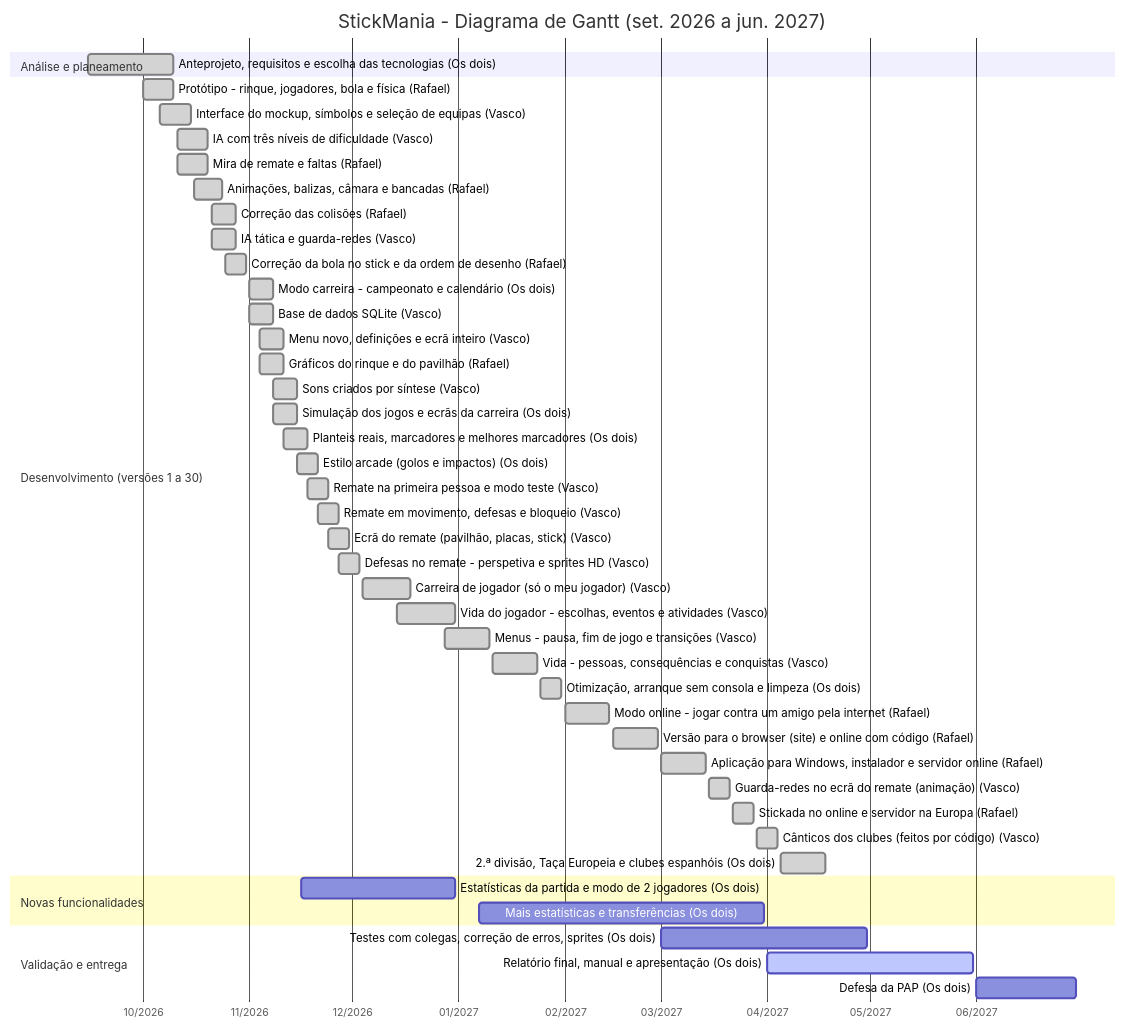
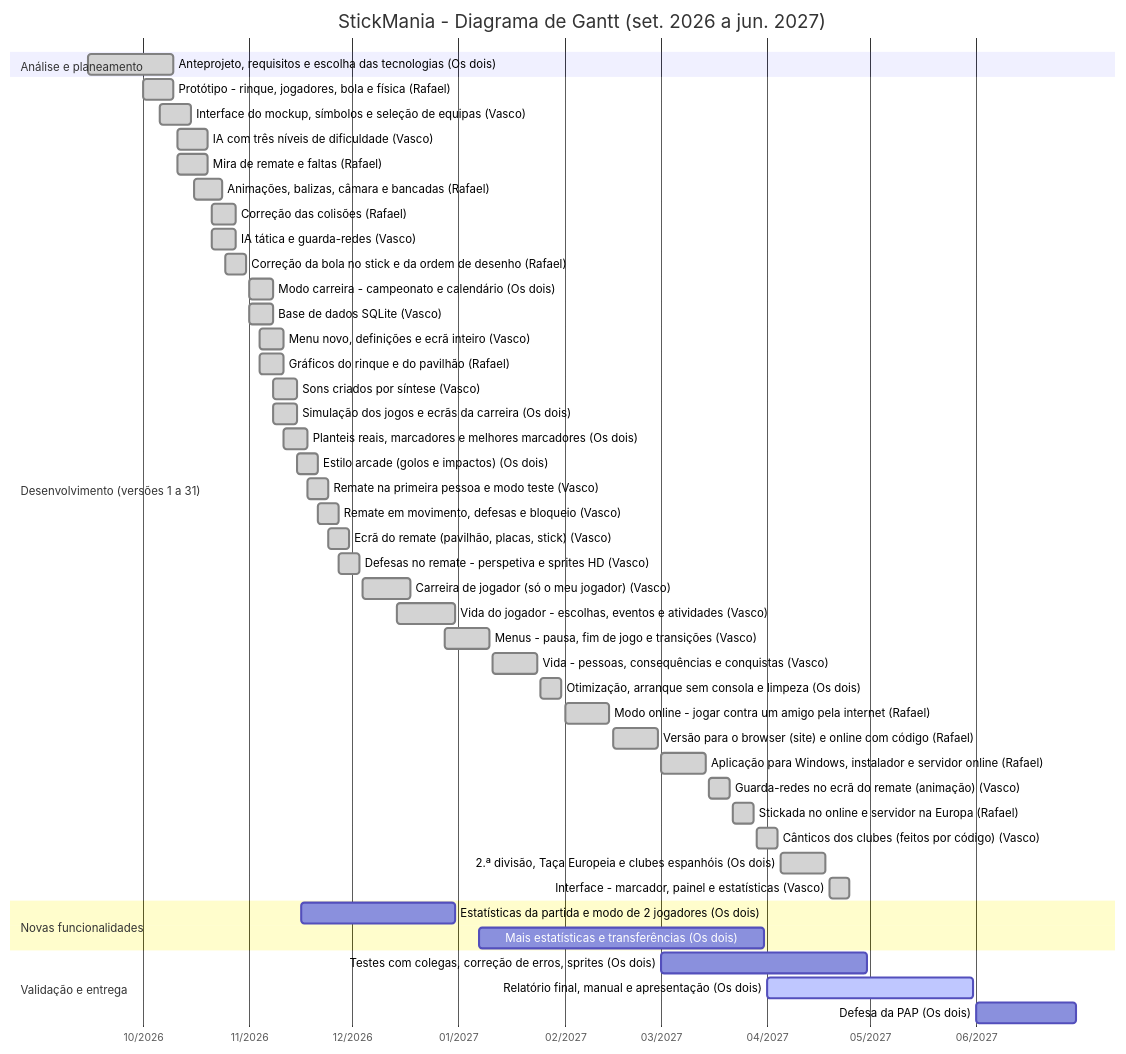
One commit to RafaelSilveira23/Stickmaniapap changed the diagram in docs/GANTT.md. Above: the diagram before and after it, drawn with Mermaid. The commit also changed other lines of this file and 16 other files, not shown here.

````diff
--- a/docs/GANTT.md
+++ b/docs/GANTT.md
@@ -13,50 +13,51 @@
 ```mermaid
 gantt
     title StickMania - Diagrama de Gantt (set. 2026 a jun. 2027)
     dateFormat YYYY-MM-DD
     axisFormat %m/%Y
     tickInterval 1month
     todayMarker off
     section Análise e planeamento
     Anteprojeto, requisitos e escolha das tecnologias (Os dois) :done, t1, 2026-09-15, 2026-10-10
-    section Desenvolvimento (versões 1 a 30)
+    section Desenvolvimento (versões 1 a 31)
     Protótipo - rinque, jogadores, bola e física (Rafael) :done, t2, 2026-10-01, 2026-10-10
     Interface do mockup, símbolos e seleção de equipas (Vasco) :done, t3, 2026-10-06, 2026-10-15
     IA com três níveis de dificuldade (Vasco) :done, t4, 2026-10-11, 2026-10-20
     Mira de remate e faltas (Rafael) :done, t5, 2026-10-11, 2026-10-20
     Animações, balizas, câmara e bancadas (Rafael) :done, t6, 2026-10-16, 2026-10-24
     Correção das colisões (Rafael) :done, t7, 2026-10-21, 2026-10-28
     IA tática e guarda-redes (Vasco) :done, t8, 2026-10-21, 2026-10-28
     Correção da bola no stick e da ordem de desenho (Rafael) :done, t9, 2026-10-25, 2026-10-31
     Modo carreira - campeonato e calendário (Os dois) :done, t10, 2026-11-01, 2026-11-08
     Base de dados SQLite (Vasco) :done, t11, 2026-11-01, 2026-11-08
     Menu novo, definições e ecrã inteiro (Vasco) :done, t12, 2026-11-04, 2026-11-11
     Gráficos do rinque e do pavilhão (Rafael) :done, t13, 2026-11-04, 2026-11-11
     Sons criados por síntese (Vasco) :done, t14, 2026-11-08, 2026-11-15
     Simulação dos jogos e ecrãs da carreira (Os dois) :done, t15, 2026-11-08, 2026-11-15
     Planteis reais, marcadores e melhores marcadores (Os dois) :done, t16, 2026-11-11, 2026-11-18
     Estilo arcade (golos e impactos) (Os dois) :done, t17, 2026-11-15, 2026-11-21
     Remate na primeira pessoa e modo teste (Vasco) :done, t18, 2026-11-18, 2026-11-24
     Remate em movimento, defesas e bloqueio (Vasco) :done, t19, 2026-11-21, 2026-11-27
     Ecrã do remate (pavilhão, placas, stick) (Vasco) :done, t20, 2026-11-24, 2026-11-30
     Defesas no remate - perspetiva e sprites HD (Vasco) :done, t21, 2026-11-27, 2026-12-03
     Carreira de jogador (só o meu jogador) (Vasco) :done, t22, 2026-12-04, 2026-12-18
     Vida do jogador - escolhas, eventos e atividades (Vasco) :done, t23, 2026-12-14, 2026-12-31
     Menus - pausa, fim de jogo e transições (Vasco) :done, t24, 2026-12-28, 2027-01-10
     Vida - pessoas, consequências e conquistas (Vasco) :done, t25, 2027-01-11, 2027-01-24
     Otimização, arranque sem consola e limpeza (Os dois) :done, t26, 2027-01-25, 2027-01-31
     Modo online - jogar contra um amigo pela internet (Rafael) :done, t27, 2027-02-01, 2027-02-14
     Versão para o browser (site) e online com código (Rafael) :done, t28, 2027-02-15, 2027-02-28
     Aplicação para Windows, instalador e servidor online (Rafael) :done, t29, 2027-03-01, 2027-03-14
     Guarda-redes no ecrã do remate (animação) (Vasco) :done, t30, 2027-03-15, 2027-03-21
     Stickada no online e servidor na Europa (Rafael) :done, t31, 2027-03-22, 2027-03-28
     Cânticos dos clubes (feitos por código) (Vasco) :done, t32, 2027-03-29, 2027-04-04
     2.ª divisão, Taça Europeia e clubes espanhóis (Os dois) :done, t33, 2027-04-05, 2027-04-18
+    Interface - marcador, painel e estatísticas (Vasco) :done, t34, 2027-04-19, 2027-04-25
     section Novas funcionalidades
-    Estatísticas da partida e modo de 2 jogadores (Os dois) :t34, 2026-11-16, 2026-12-31
-    Mais estatísticas e transferências (Os dois) :t35, 2027-01-07, 2027-03-31
+    Estatísticas da partida e modo de 2 jogadores (Os dois) :t35, 2026-11-16, 2026-12-31
+    Mais estatísticas e transferências (Os dois) :t36, 2027-01-07, 2027-03-31
     section Validação e entrega
-    Testes com colegas, correção de erros, sprites (Os dois) :t36, 2027-03-01, 2027-04-30
-    Relatório final, manual e apresentação (Os dois) :active, t37, 2027-04-01, 2027-05-31
-    Defesa da PAP (Os dois) :t38, 2027-06-01, 2027-06-30
+    Testes com colegas, correção de erros, sprites (Os dois) :t37, 2027-03-01, 2027-04-30
+    Relatório final, manual e apresentação (Os dois) :active, t38, 2027-04-01, 2027-05-31
+    Defesa da PAP (Os dois) :t39, 2027-06-01, 2027-06-30
 ```
````
